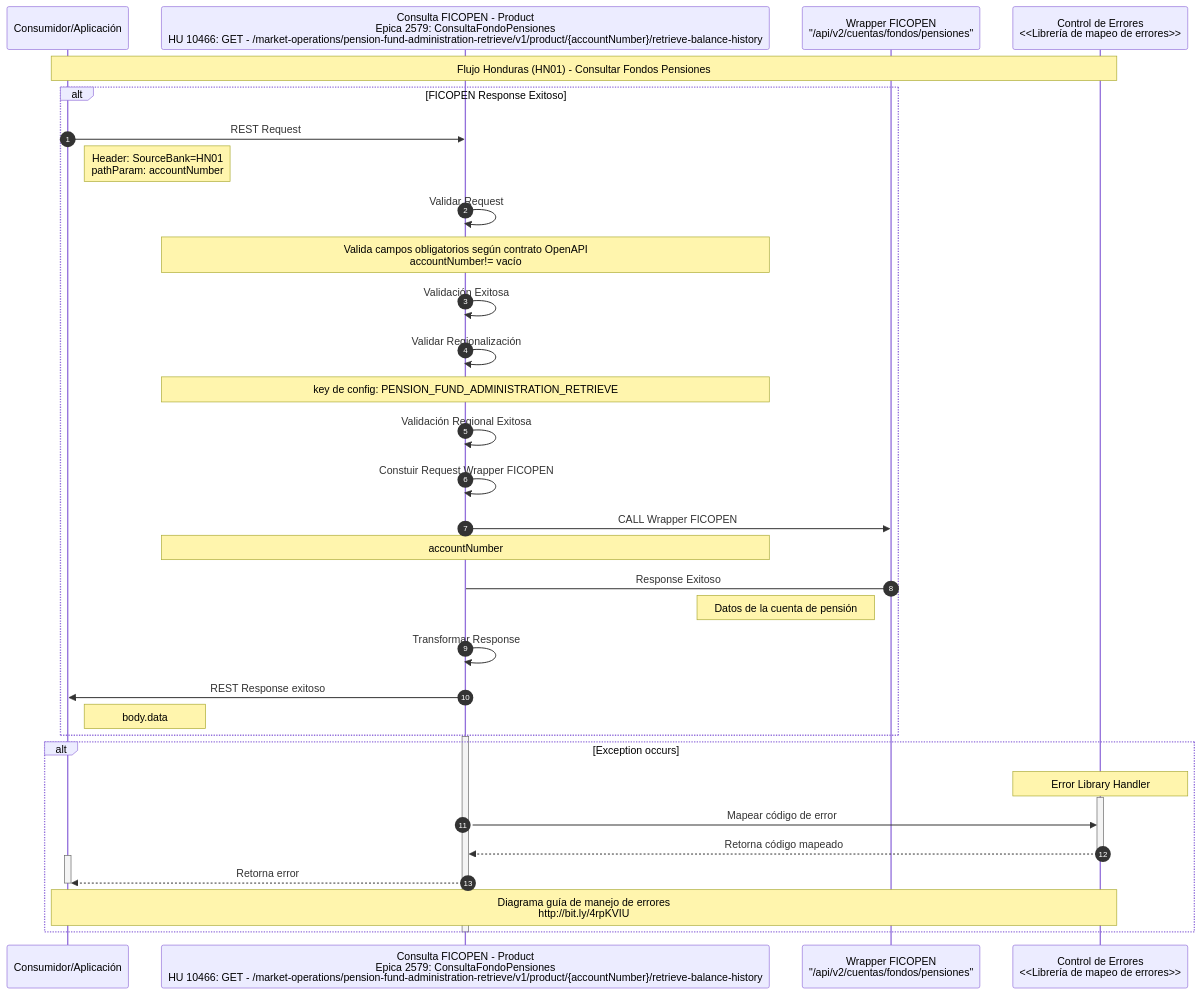
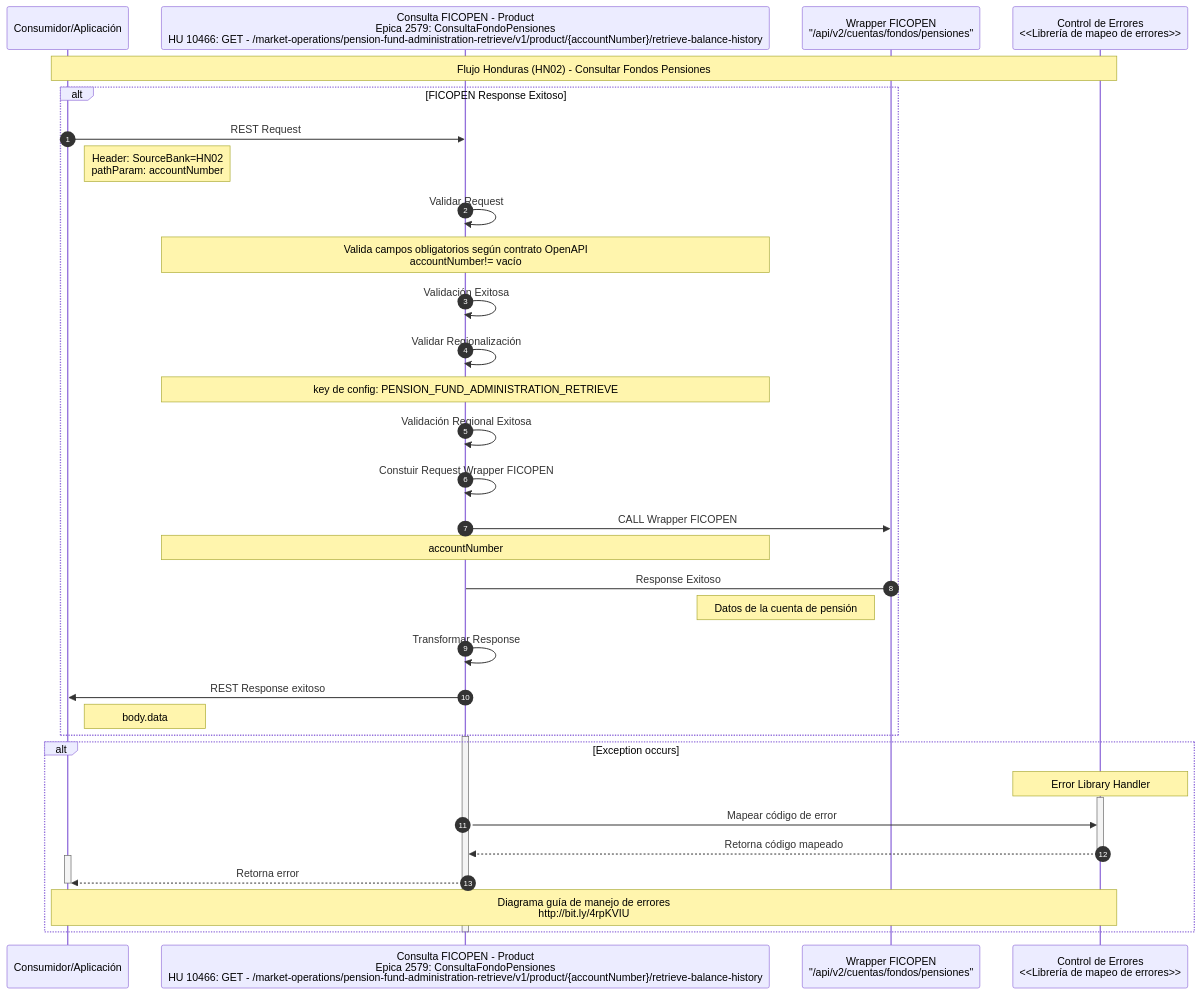
The diagram in ZMigrationFeature/ConsultaFondoPensiones/TO-BE-04-Secuencia-HN01.mmd (jmolano10/ficohsa-capa-media), drawn with Mermaid before and after one commit. The commit also changed 21 other files, not shown here.

```diff
--- a/ZMigrationFeature/ConsultaFondoPensiones/TO-BE-04-Secuencia-HN01.mmd
+++ b/ZMigrationFeature/ConsultaFondoPensiones/TO-BE-04-Secuencia-HN01.mmd
@@ -1,50 +1,50 @@
 sequenceDiagram
     autonumber
     participant Consumidor as Consumidor/Aplicación
     participant API as Consulta FICOPEN - Product <br> Epica 2579: ConsultaFondoPensiones <br> HU 10466:  GET - /market-operations/pension-fund-administration-retrieve/v1/product/{accountNumber}/retrieve-balance-history
     participant WFP as Wrapper FICOPEN <br> "/api/v2/cuentas/fondos/pensiones"
     participant Errors as Control de Errores <br/> <<Librería de mapeo de errores>>
 
-    Note over Consumidor, Errors: Flujo Honduras (HN01) - Consultar Fondos Pensiones
+    Note over Consumidor, Errors: Flujo Honduras (HN02) - Consultar Fondos Pensiones
 
     alt FICOPEN Response Exitoso
         Consumidor->>API: REST Request
-        Note right of Consumidor: Header: SourceBank=HN01 <br/> pathParam: accountNumber
+        Note right of Consumidor: Header: SourceBank=HN02 <br/> pathParam: accountNumber
 
         API->>API: Validar Request
         Note over API: Valida campos obligatorios según contrato OpenAPI <br/> accountNumber!= vacío
 
         API->>API: Validación Exitosa
 
         API->>API: Validar Regionalización
         Note over API: key de config: PENSION_FUND_ADMINISTRATION_RETRIEVE
 
         API->>API: Validación Regional Exitosa
 
         API->>API: Constuir Request Wrapper FICOPEN
 
         API->>WFP: CALL Wrapper FICOPEN
         Note over API: accountNumber
 
         WFP->API: Response Exitoso
         Note left of WFP: Datos de la cuenta de pensión
 
         API->>API: Transformar Response
 
         API->>Consumidor: REST Response exitoso
         Note right of Consumidor: body.data
     end
 
     activate API
     alt Exception occurs
         note over Errors: Error Library Handler
         activate Errors
             API->> Errors: Mapear código de error
             Errors -->> API: Retorna código mapeado
         deactivate Errors
         activate Consumidor
             API-->> Consumidor: Retorna error
         deactivate Consumidor
         Note over Consumidor,Errors: Diagrama guía de manejo de errores <br> http://bit.ly/4rpKVIU
     end
     deactivate API
```
